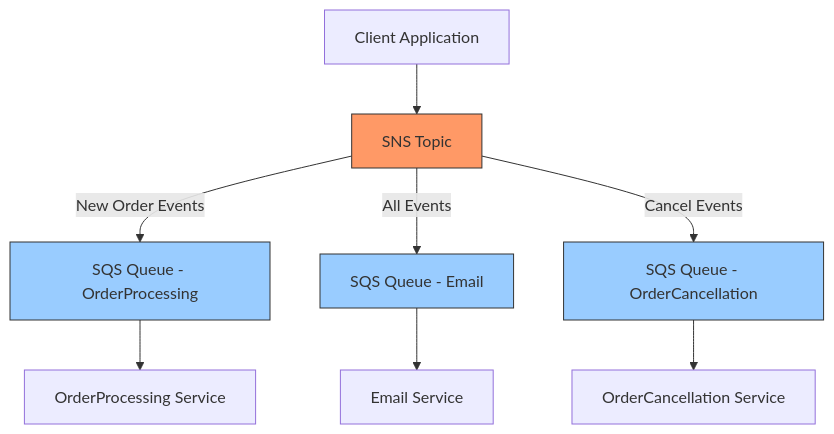
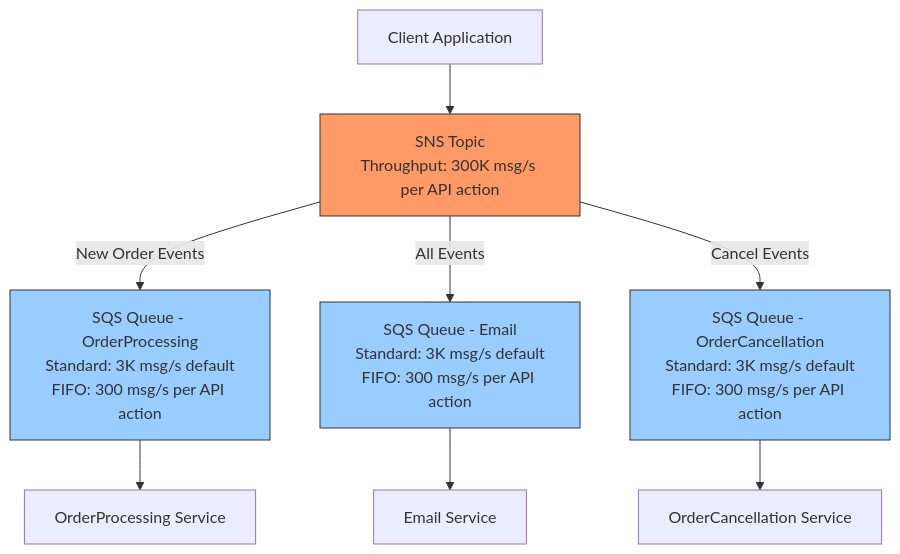
One commit to puglieseweb/puglieseweb.com changed the diagram in software-development/aws/others/aws-example-architectures/digital-payment-system/marketplace-application.md. Above: the diagram before and after it, drawn with Mermaid.

Commit message:
GITBOOK-546: No subject

````diff
--- a/software-development/aws/others/aws-example-architectures/digital-payment-system/marketplace-application.md
+++ b/software-development/aws/others/aws-example-architectures/digital-payment-system/marketplace-application.md
@@ -93,16 +93,16 @@
 ```mermaid
 flowchart TD
-    A[Client Application] --> B[SNS Topic]
-    B -->|New Order Events| C[SQS Queue - OrderProcessing]
-    B -->|All Events| D[SQS Queue - Email]
-    B -->|Cancel Events| E[SQS Queue - OrderCancellation]
+    A[Client Application] --> B[SNS Topic<br>Throughput: 300K msg/s per API action]
+    B -->|New Order Events| C[SQS Queue - OrderProcessing<br>Standard: 3K msg/s default<br>FIFO: 300 msg/s per API action]
+    B -->|All Events| D[SQS Queue - Email<br>Standard: 3K msg/s default<br>FIFO: 300 msg/s per API action]
+    B -->|Cancel Events| E[SQS Queue - OrderCancellation<br>Standard: 3K msg/s default<br>FIFO: 300 msg/s per API action]
     
     C --> F[OrderProcessing Service]
     D --> G[Email Service]
     E --> H[OrderCancellation Service]
     
     style B fill:#f96,stroke:#333
     style C fill:#9cf,stroke:#333
     style D fill:#9cf,stroke:#333
     style E fill:#9cf,stroke:#333
 ```
````
